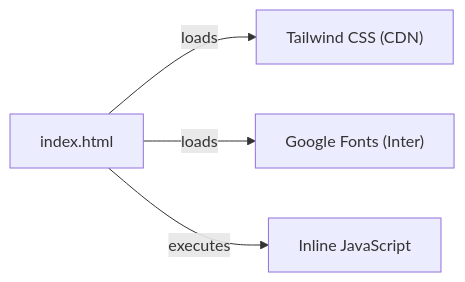
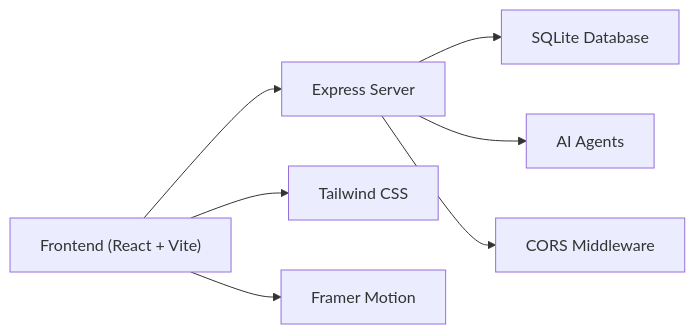
Before and after one commit to Alishba-Moin/CareerCompass: the third of 3 diagrams in .qoder/repowiki/en/content/Deployment.md, drawn with Mermaid. The commit also changed other lines of this file and 38 other files, not shown here.

Commit message:
Add Roadmap pdf download option

````diff
--- a/.qoder/repowiki/en/content/Deployment.md
+++ b/.qoder/repowiki/en/content/Deployment.md
@@ -156,6 +321,9 @@
 ```mermaid
 graph LR
-H["index.html"] --> |loads| T["Tailwind CSS (CDN)"]
-H --> |loads| G["Google Fonts (Inter)"]
-H --> |executes| J["Inline JavaScript"]
+A["Frontend (React + Vite)"] --> B["Express Server"]
+B --> C["SQLite Database"]
+B --> D["AI Agents"]
+A --> E["Tailwind CSS"]
+A --> F["Framer Motion"]
+B --> G["CORS Middleware"]
 ```
````
